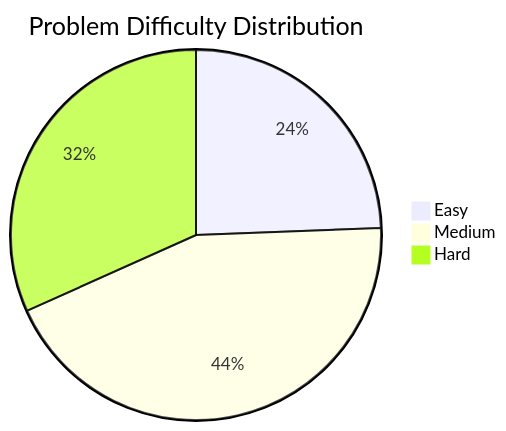
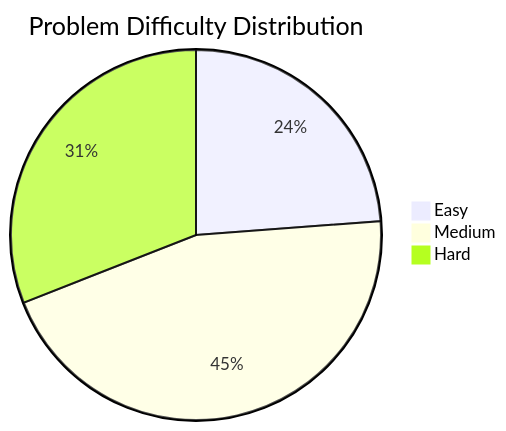
One commit to ernivani/leetcode-solutions changed the first of 2 diagrams in JOURNAL.md. Above: the diagram before and after it, drawn with Mermaid. The commit also changed other lines of this file and 2 other files, not shown here.

````diff
--- a/JOURNAL.md
+++ b/JOURNAL.md
@@ -52,6 +53,6 @@
 ```mermaid
 pie title Problem Difficulty Distribution
     "Easy" : 10
-    "Medium" : 18
+    "Medium" : 19
     "Hard" : 13
 ```
````
